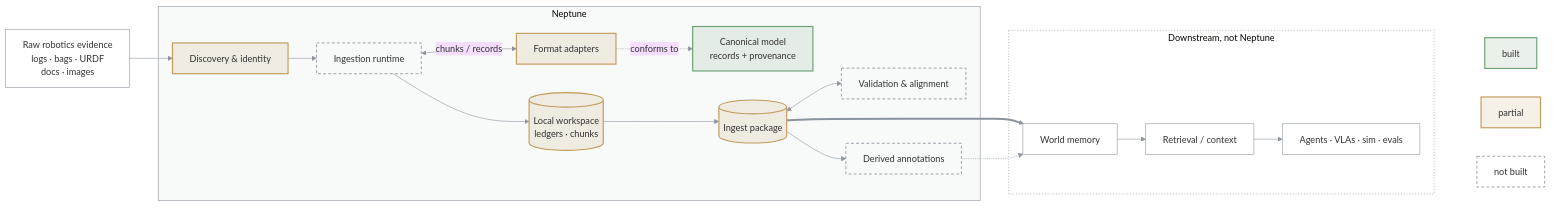
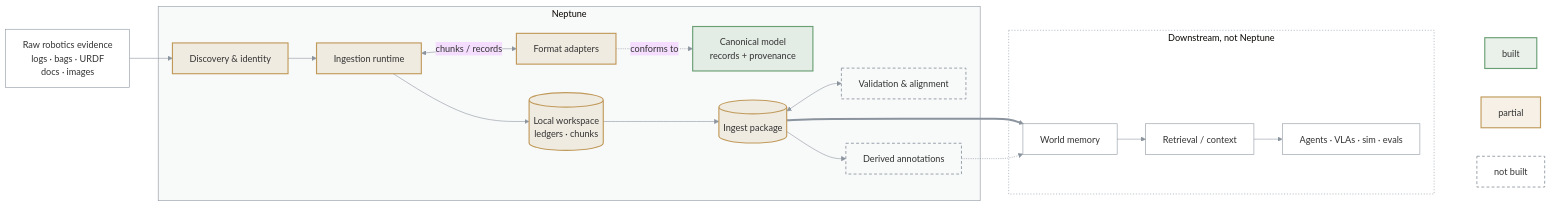
The diagram in ARCHITECTURE.md (bennytay/neptune), drawn with Mermaid (base theme) before and after one commit. The commit also changed 3 other files, not shown here.

````diff
--- a/ARCHITECTURE.md
+++ b/ARCHITECTURE.md
@@ -3,50 +3,50 @@
 ```mermaid
 flowchart LR
   RAW["Raw robotics evidence<br/>logs · bags · URDF<br/>docs · images"]
 
   subgraph N["Neptune"]
     DISC["Discovery &amp; identity"]
     RT["Ingestion runtime"]
     WS[("Local workspace<br/>ledgers · chunks")]
     AD["Format adapters"]
     CAN["Canonical model<br/>records + provenance"]
     PKG[("Ingest package")]
     VAL["Validation &amp; alignment"]
     DER["Derived annotations"]
   end
 
   subgraph D["Downstream, not Neptune"]
     MEM["World memory"]
     RET["Retrieval / context"]
     USE["Agents · VLAs · sim · evals"]
   end
 
   RAW --> DISC --> RT
   RT <-->|chunks / records| AD
   AD -.->|conforms to| CAN
   RT --> WS --> PKG
   PKG <--> VAL
   PKG --> DER
   PKG ==> MEM --> RET --> USE
   DER -.-> MEM
 
   subgraph KEY[" "]
     K1["built"]
     K2["partial"]
     K3["not built"]
   end
   USE ~~~ K1 & K2 & K3
 
   classDef built fill:#6a9f7426,stroke:#6a9f74,stroke-width:2px
   classDef partial fill:#c09a5b26,stroke:#c09a5b,stroke-width:2px
   classDef todo fill:none,stroke:#8b949e,stroke-width:1.5px,stroke-dasharray:5 4
   classDef ext fill:none,stroke:#8b949e,stroke-width:1px
   class CAN,K1 built
-  class DISC,AD,WS,PKG,K2 partial
-  class RT,VAL,DER,K3 todo
+  class DISC,RT,AD,WS,PKG,K2 partial
+  class VAL,DER,K3 todo
   class RAW,MEM,RET,USE ext
   style N fill:#8b949e0f,stroke:#8b949e
   style D fill:none,stroke:#8b949e,stroke-dasharray:2 3
   style KEY fill:none,stroke:none
   linkStyle default stroke:#8b949e
 ```
````
